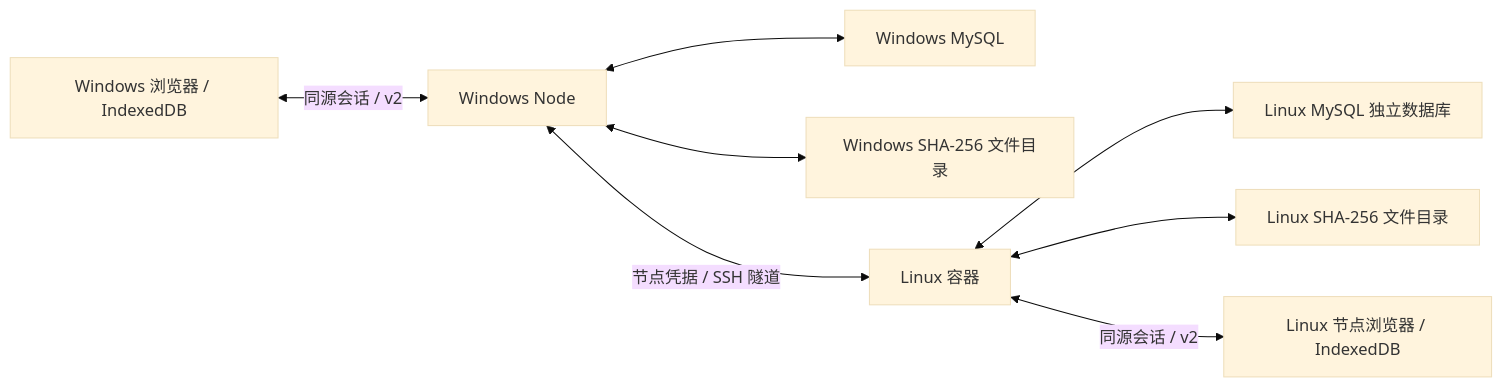
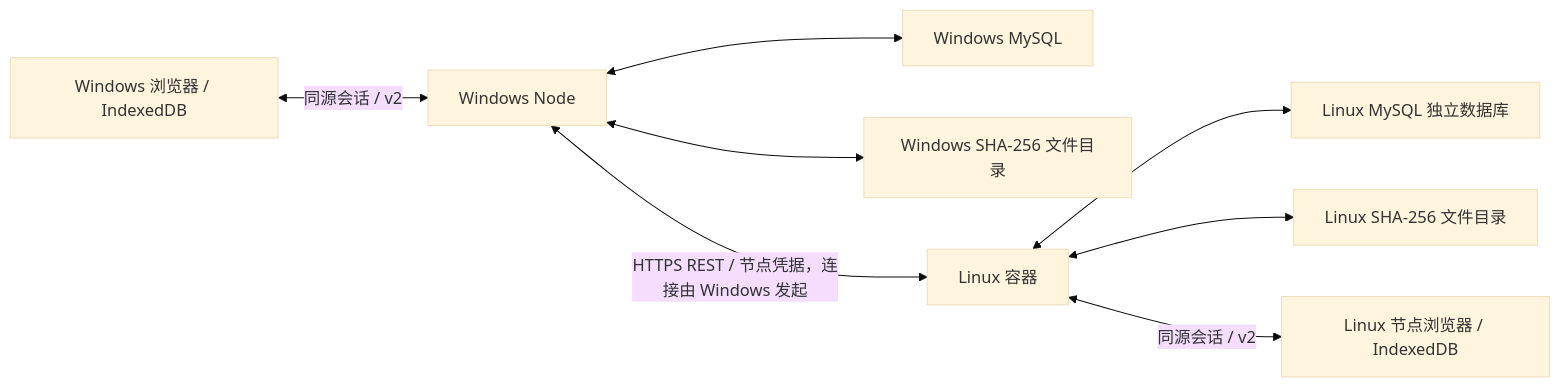
Before and after one commit to Jiusi-pys/ebooks: the diagram in app/docs/workspace-sync.md, drawn with Mermaid (base theme). The commit also changed other lines of this file and 3 other files, not shown here.

Commit message:
feat(sync): replicate bidirectionally over outbound HTTPS REST

````diff
--- a/app/docs/workspace-sync.md
+++ b/app/docs/workspace-sync.md
@@ -9,10 +9,10 @@
 ```mermaid
 flowchart LR
   W[Windows 浏览器 / IndexedDB] <-->|同源会话 / v2| A[Windows Node]
   A <--> M[Windows MySQL]
   A <--> F[Windows SHA-256 文件目录]
-  A <-->|节点凭据 / SSH 隧道| B[Linux 容器]
+  A <-->|HTTPS REST / 节点凭据，连接由 Windows 发起| B[Linux 容器]
   B <--> N[Linux MySQL 独立数据库]
   B <--> G[Linux SHA-256 文件目录]
   B <-->|同源会话 / v2| L[Linux 节点浏览器 / IndexedDB]
 ```
````
